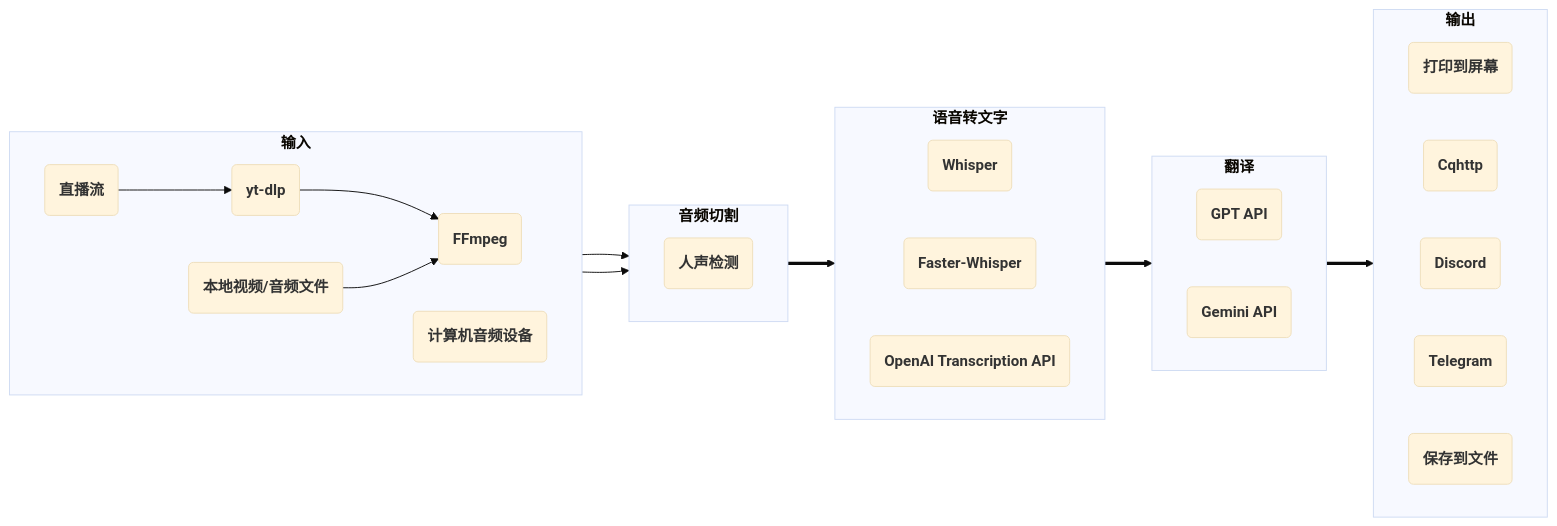
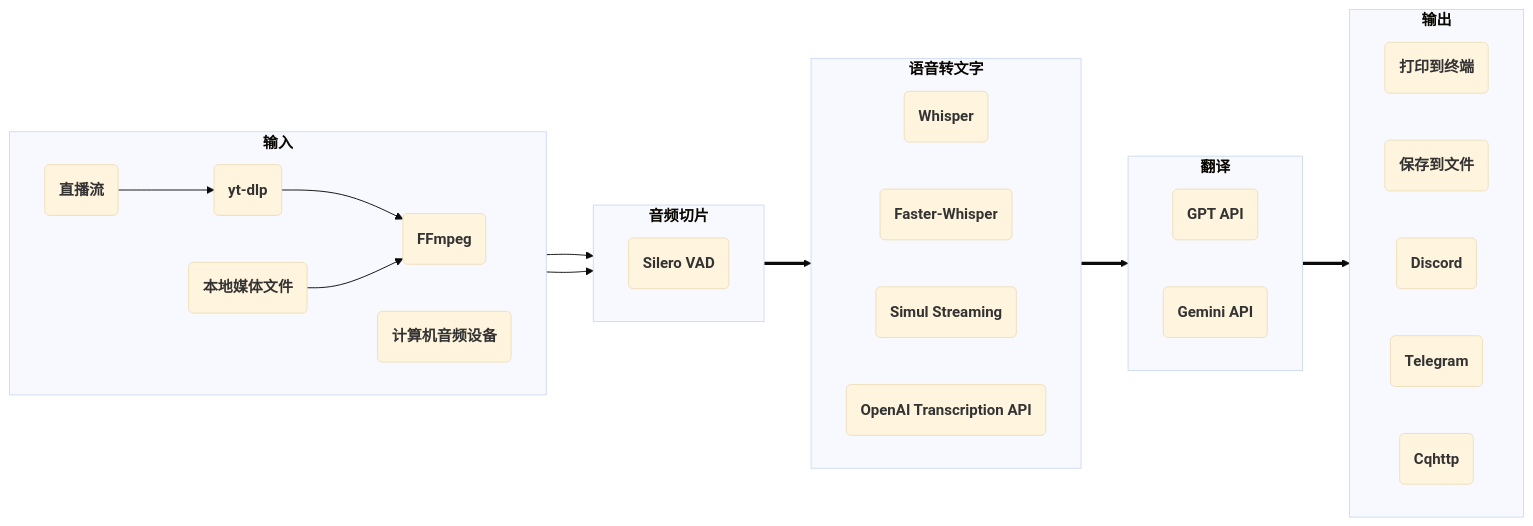
One commit to ionic-bond/stream-translator-gpt changed the diagram in README_CN.md. Above: the diagram before and after it, drawn with Mermaid (base theme). The commit also changed other lines of this file and 4 other files, not shown here.

`````diff
--- a/README_CN.md
+++ b/README_CN.md
@@ -7,42 +15,43 @@
 ```mermaid
 flowchart LR
     subgraph ga["`**输入**`"]
         direction LR
         aa("`**FFmpeg**`")
         ab("`**计算机音频设备**`")
         ac("`**yt-dlp**`")
-        ad("`**本地视频/音频文件**`")
+        ad("`**本地媒体文件**`")
         ae("`**直播流**`")
         ac --> aa
         ad --> aa
         ae --> ac
     end
-    subgraph gb["`**音频切割**`"]
+    subgraph gb["`**音频切片**`"]
         direction LR
-        ba("`**人声检测**`")
+        ba("`**Silero VAD**`")
     end
     subgraph gc["`**语音转文字**`"]
         direction LR
         ca("`**Whisper**`")
         cb("`**Faster-Whisper**`")
-        cc("`**OpenAI Transcription API**`")
+        cc("`**Simul Streaming**`")
+        cd("`**OpenAI Transcription API**`")
     end
     subgraph gd["`**翻译**`"]
         direction LR
         da("`**GPT API**`")
         db("`**Gemini API**`")
     end
     subgraph ge["`**输出**`"]
         direction LR
-        ea("`**打印到屏幕**`")
-        eb("`**Cqhttp**`")
+        ea("`**打印到终端**`")
+        ee("`**保存到文件**`")
         ec("`**Discord**`")
         ed("`**Telegram**`")
-        ee("`**保存到文件**`")
+        eb("`**Cqhttp**`")
     end
     aa --> gb
     ab --> gb
     gb ==> gc
     gc ==> gd
     gd ==> ge
-```
+````
`````
